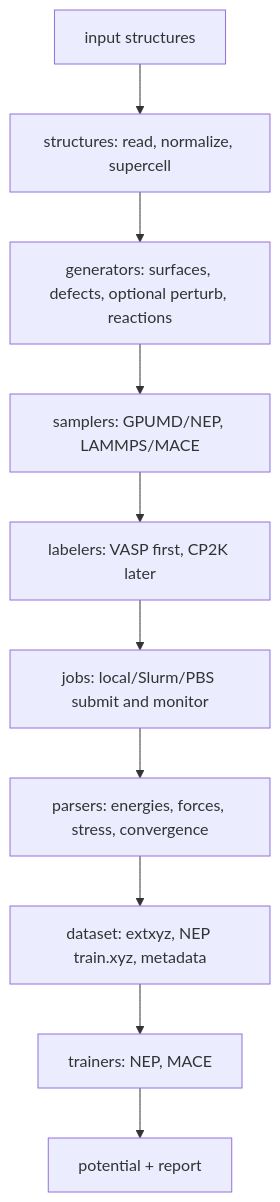
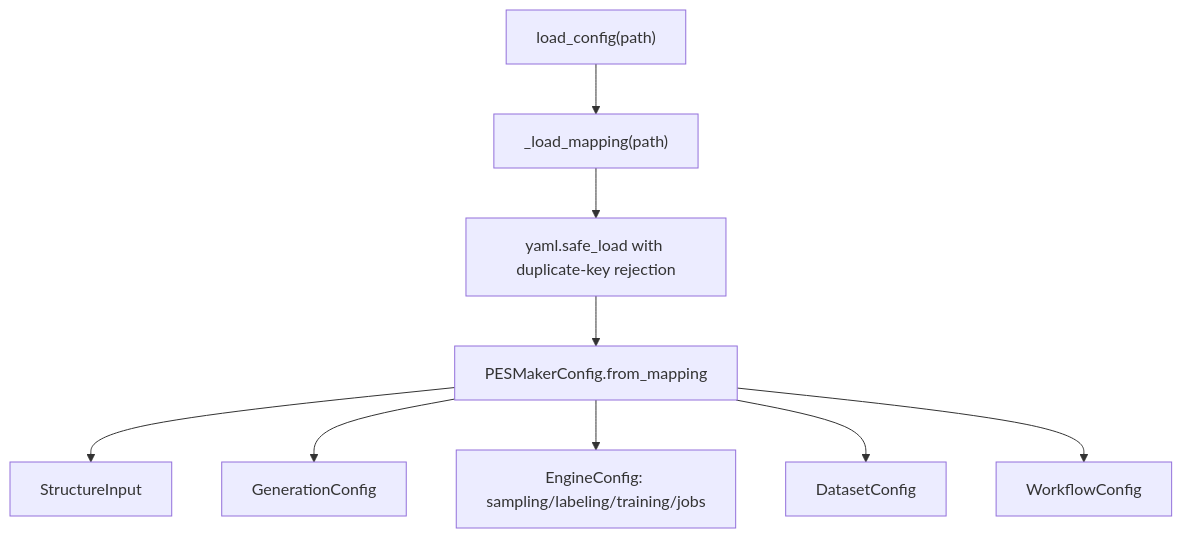
The second of 4 diagrams in docs/CODE_LOGIC.md (litupLetian/PESMaker_litupVer), drawn with Mermaid before and after one commit. The commit also changed other lines of this file and 30 other files, not shown here.

````diff
--- a/docs/CODE_LOGIC.md
+++ b/docs/CODE_LOGIC.md
@@ -61,12 +28,11 @@
 ```mermaid
 flowchart TD
-    A["input structures"] --> B["structures: read, normalize, supercell"]
-    B --> C["generators: surfaces, defects, optional perturb, reactions"]
-    C --> D["samplers: GPUMD/NEP, LAMMPS/MACE"]
-    D --> E["labelers: VASP first, CP2K later"]
-    E --> F["jobs: local/Slurm/PBS submit and monitor"]
-    F --> G["parsers: energies, forces, stress, convergence"]
-    G --> H["dataset: extxyz, NEP train.xyz, metadata"]
-    H --> I["trainers: NEP, MACE"]
-    I --> J["potential + report"]
+    A["load_config(path)"] --> B["_load_mapping(path)"]
+    B --> C["yaml.safe_load with duplicate-key rejection"]
+    C --> D["PESMakerConfig.from_mapping"]
+    D --> E["StructureInput"]
+    D --> F["GenerationConfig"]
+    D --> G["EngineConfig: sampling/labeling/training/jobs"]
+    D --> H["DatasetConfig"]
+    D --> I["WorkflowConfig"]
 ```
````
